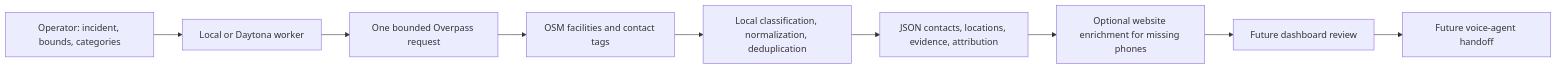
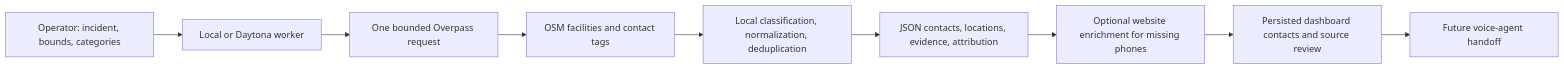
The diagram in docs/crawler-plan.md (daviidoff/sdx-sdsu-voice-agent-hackathon), drawn with Mermaid before and after one commit. The commit also changed other lines of this file and 71 other files, not shown here.

````diff
--- a/docs/crawler-plan.md
+++ b/docs/crawler-plan.md
@@ -13,11 +13,11 @@
 ```mermaid
 flowchart LR
     A[Operator: incident, bounds, categories] --> B[Local or Daytona worker]
     B --> C[One bounded Overpass request]
     C --> D[OSM facilities and contact tags]
     D --> E[Local classification, normalization, deduplication]
     E --> F[JSON contacts, locations, evidence, attribution]
     F --> W[Optional website enrichment for missing phones]
-    W --> G[Future dashboard review]
+    W --> G[Persisted dashboard contacts and source review]
     G --> H[Future voice-agent handoff]
 ```
````
